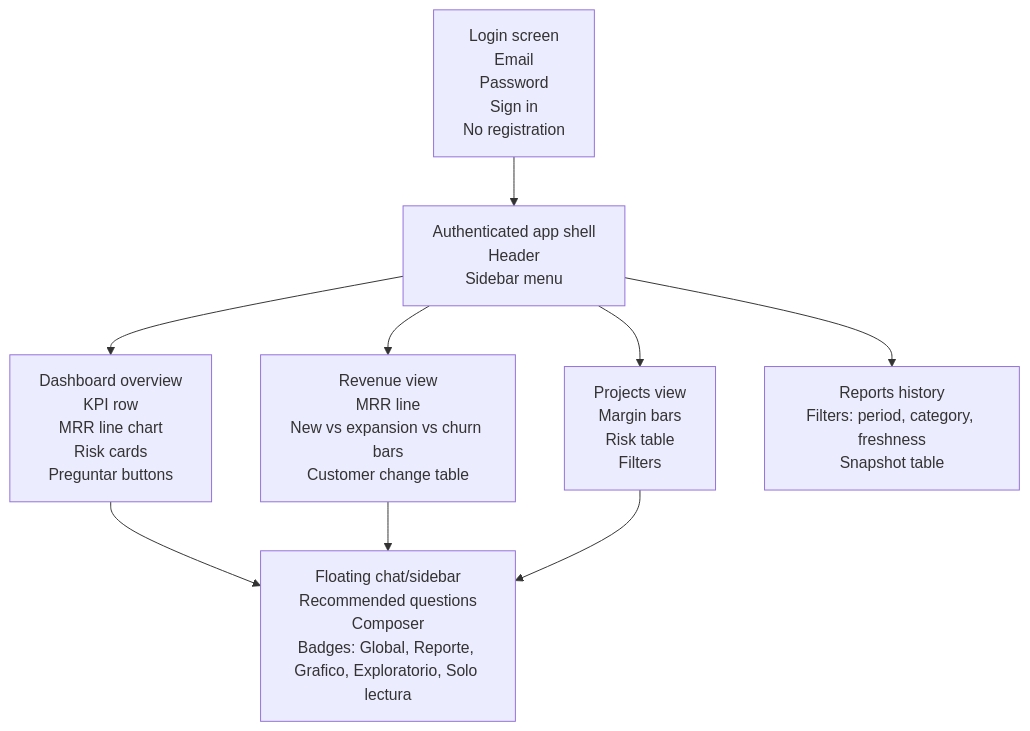
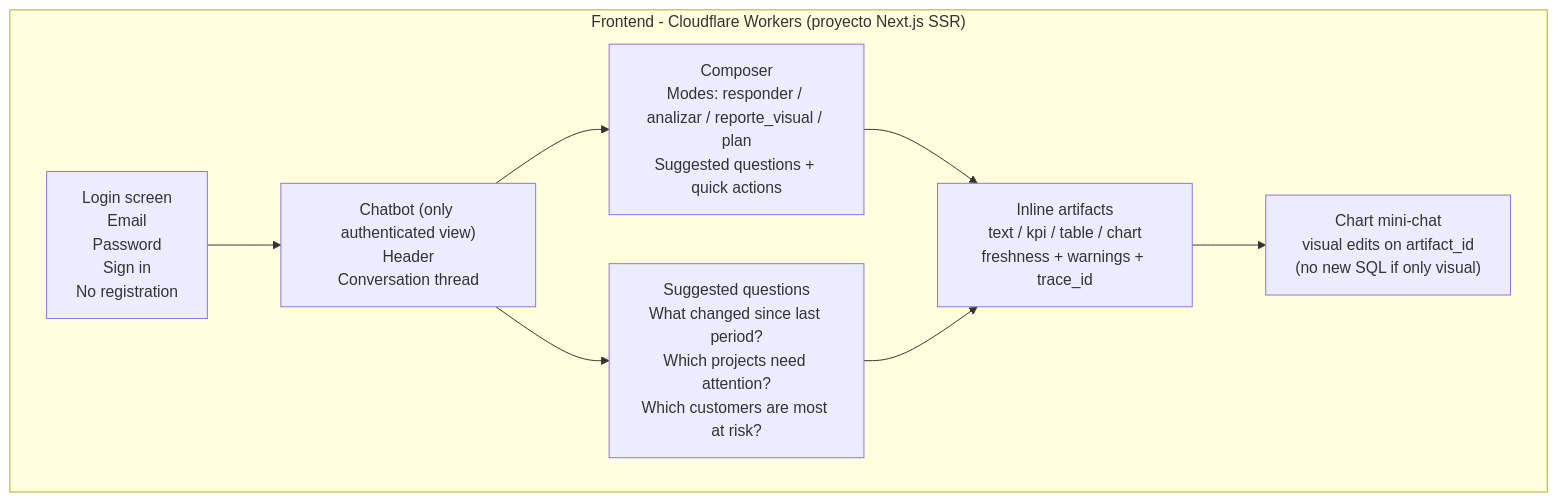
The diagram in docs/diagrams/mermaid/ui-wireframes.mmd (C3SC0-V4113/CEO-Data-Abstraction), drawn with Mermaid before and after one commit. The commit also changed 19 other files, not shown here.

```diff
--- a/docs/diagrams/mermaid/ui-wireframes.mmd
+++ b/docs/diagrams/mermaid/ui-wireframes.mmd
@@ -1,17 +1,16 @@
 flowchart TB
-  Login["Login screen\nEmail\nPassword\nSign in\nNo registration"]
-  App["Authenticated app shell\nHeader\nSidebar menu"]
-  Dashboard["Dashboard overview\nKPI row\nMRR line chart\nRisk cards\nPreguntar buttons"]
-  Revenue["Revenue view\nMRR line\nNew vs expansion vs churn bars\nCustomer change table"]
-  Projects["Projects view\nMargin bars\nRisk table\nFilters"]
-  Chat["Floating chat/sidebar\nRecommended questions\nComposer\nBadges: Global, Reporte, Grafico, Exploratorio, Solo lectura"]
-  History["Reports history\nFilters: period, category, freshness\nSnapshot table"]
+  subgraph frontend["Frontend - Cloudflare Workers (proyecto Next.js SSR)"]
+    Login["Login screen\nEmail\nPassword\nSign in\nNo registration"]
+    Chat["Chatbot (only authenticated view)\nHeader\nConversation thread"]
+    Composer["Composer\nModes: responder / analizar / reporte_visual / plan\nSuggested questions + quick actions"]
+    Suggestions["Suggested questions\nWhat changed since last period?\nWhich projects need attention?\nWhich customers are most at risk?"]
+    Artifacts["Inline artifacts\ntext / kpi / table / chart\nfreshness + warnings + trace_id"]
+    MiniChart["Chart mini-chat\nvisual edits on artifact_id\n(no new SQL if only visual)"]
+  end
 
-  Login --> App
-  App --> Dashboard
-  App --> Revenue
-  App --> Projects
-  App --> History
-  Dashboard --> Chat
-  Revenue --> Chat
-  Projects --> Chat
+  Login --> Chat
+  Chat --> Composer
+  Chat --> Suggestions
+  Composer --> Artifacts
+  Suggestions --> Artifacts
+  Artifacts --> MiniChart
```
